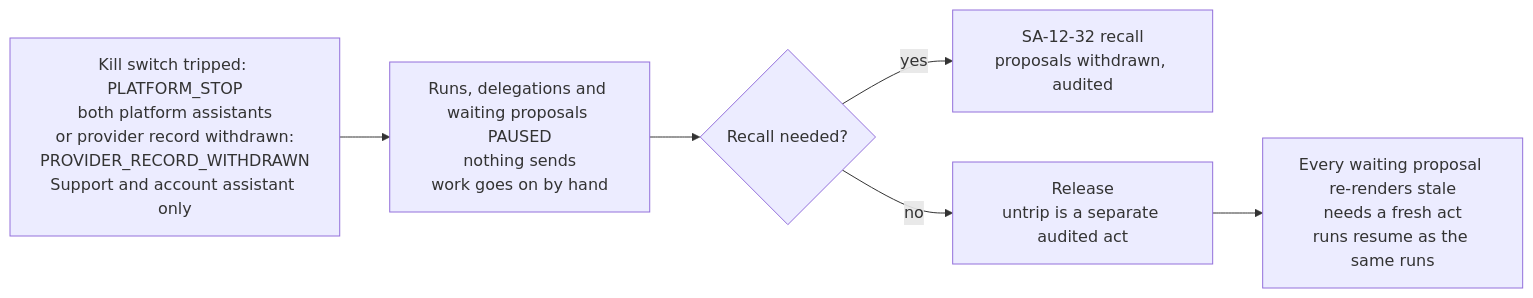
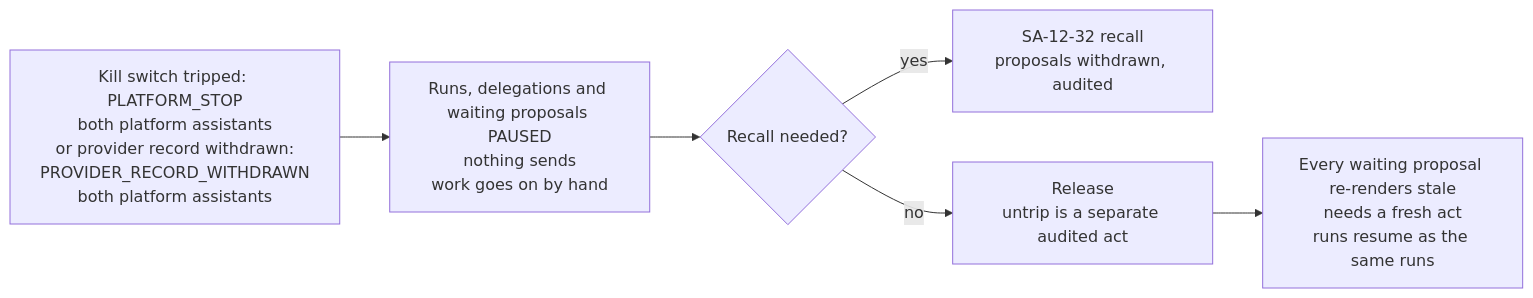
The fourth of 4 diagrams in ai-workers/requirements/AW-02-platform-ai-assistants_v0.1.md (ranjan-expatready/xpatready), drawn with Mermaid before and after one commit. The commit also changed other lines of this file and 14 other files, not shown here.

````diff
--- a/ai-workers/requirements/AW-02-platform-ai-assistants_v0.1.md
+++ b/ai-workers/requirements/AW-02-platform-ai-assistants_v0.1.md
@@ -149,8 +153,8 @@
 ```mermaid
 flowchart LR
-    K[Kill switch tripped: PLATFORM_STOP<br/>both platform assistants<br/>or provider record withdrawn:<br/>PROVIDER_RECORD_WITHDRAWN<br/>Support and account assistant only] --> PA[Runs, delegations and waiting proposals PAUSED<br/>nothing sends<br/>work goes on by hand]
+    K[Kill switch tripped: PLATFORM_STOP<br/>both platform assistants<br/>or provider record withdrawn:<br/>PROVIDER_RECORD_WITHDRAWN<br/>both platform assistants] --> PA[Runs, delegations and waiting proposals PAUSED<br/>nothing sends<br/>work goes on by hand]
     PA --> RC{Recall needed?}
     RC -->|yes| W[SA-12-32 recall<br/>proposals withdrawn, audited]
     RC -->|no| RL[Release<br/>untrip is a separate audited act]
     RL --> ST[Every waiting proposal re-renders stale<br/>needs a fresh act<br/>runs resume as the same runs]
 ```
````
